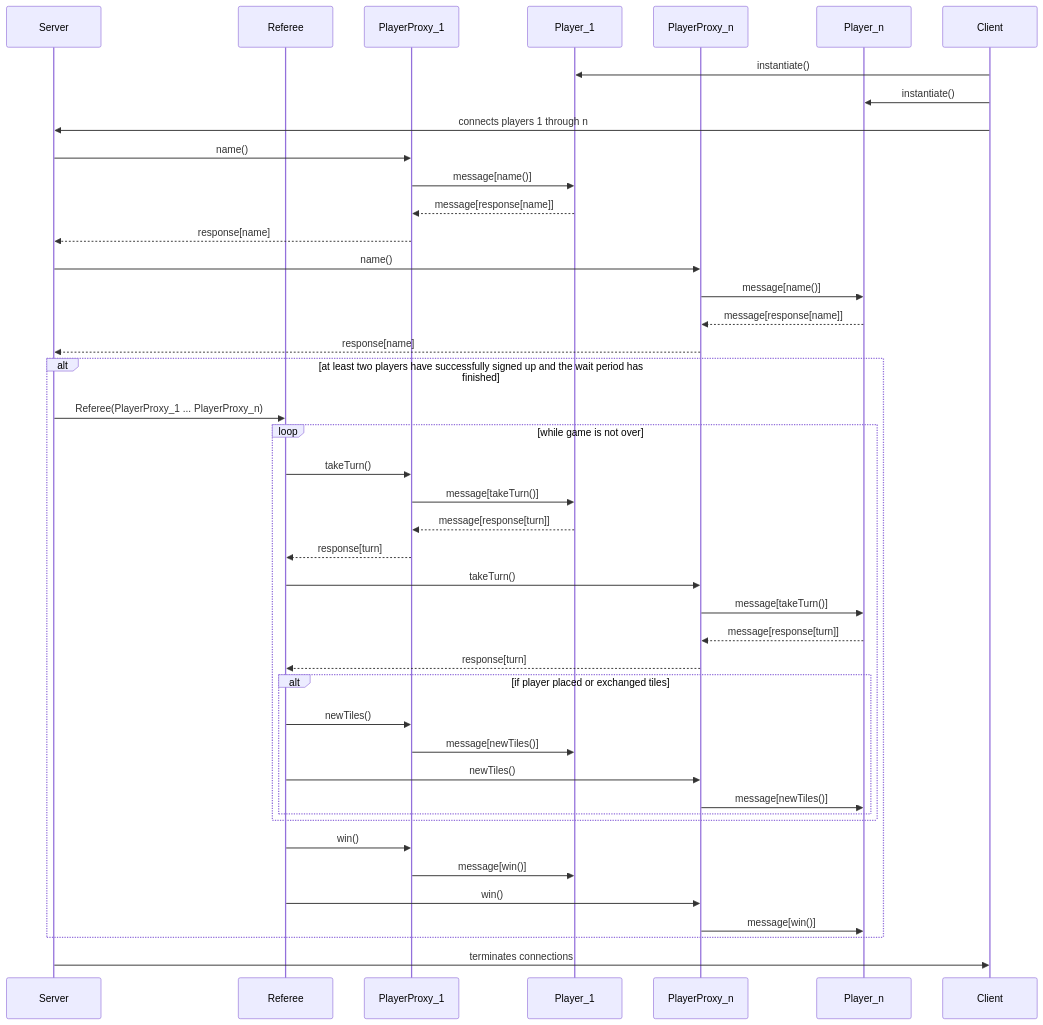
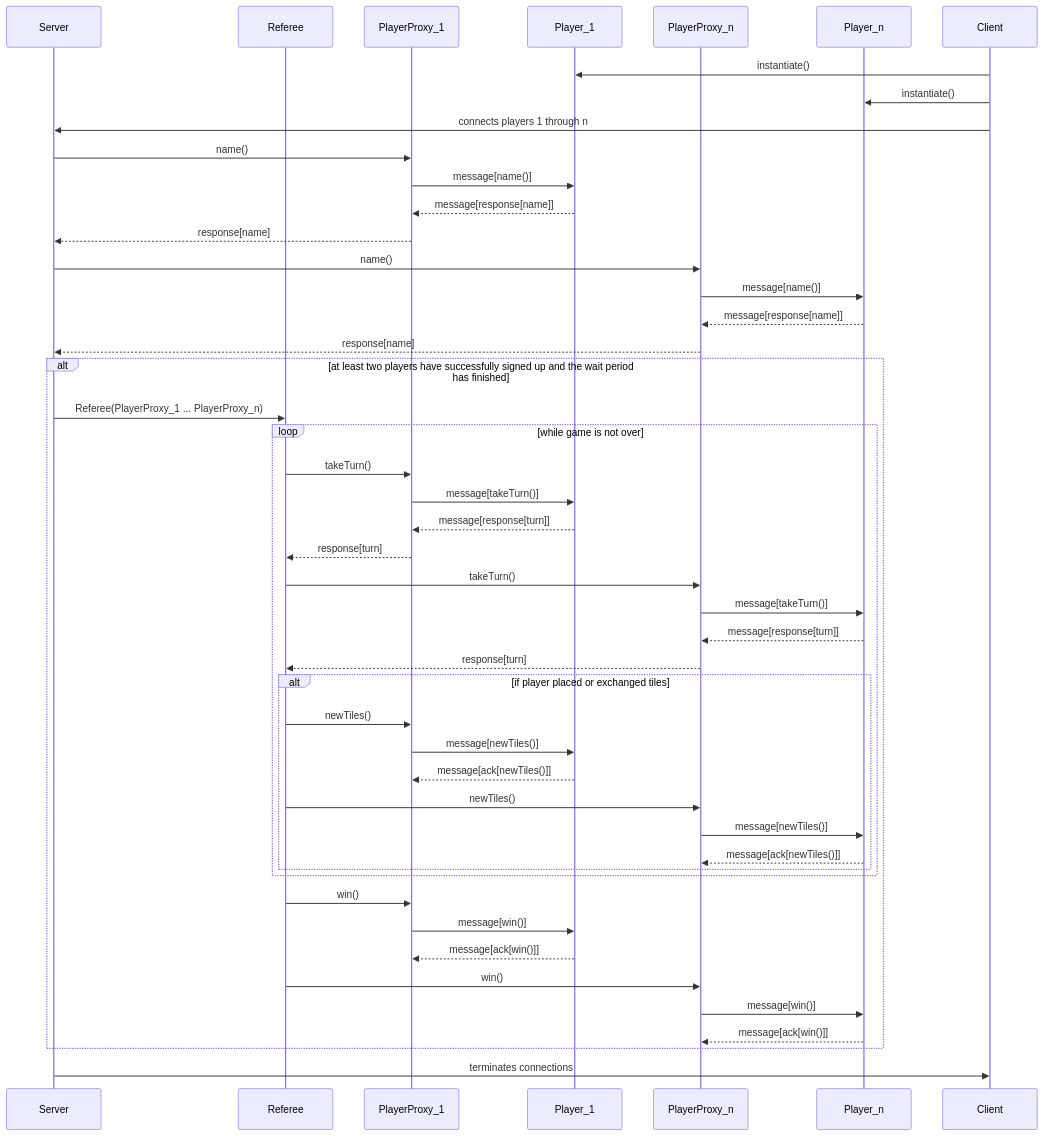
One commit to Tvcz/Qwirkle changed the second of 2 diagrams in Q/src/remote/README.md. Above: the diagram before and after it, drawn with Mermaid. The commit also changed other lines of this file, not shown here.

Commit message:
small sequence diagram changes

````diff
--- a/Q/src/remote/README.md
+++ b/Q/src/remote/README.md
@@ -56,60 +56,64 @@
 ```mermaid
 sequenceDiagram
     participant Server
     participant Referee
     participant PlayerProxy_1
     participant Player_1
     participant PlayerProxy_n
     participant Player_n
     participant Client
 
     Client->>Player_1: instantiate()
     Client->>Player_n: instantiate()
     Client->>Server: connects players 1 through n
     
     Server->>PlayerProxy_1: name()
     PlayerProxy_1->>Player_1: message[name()]
     Player_1-->>PlayerProxy_1: message[response[name]]
     PlayerProxy_1-->>Server: response[name]
 
     Server->>PlayerProxy_n: name()
     PlayerProxy_n->>Player_n: message[name()]
     Player_n-->>PlayerProxy_n: message[response[name]]
     PlayerProxy_n-->>Server: response[name]
 
     alt at least two players have successfully signed up and the wait period has finished
 
       Server->>Referee: Referee(PlayerProxy_1 ... PlayerProxy_n) 
 
         loop while game is not over
             Referee->>PlayerProxy_1: takeTurn()
             PlayerProxy_1->>Player_1: message[takeTurn()]
             Player_1-->>PlayerProxy_1: message[response[turn]]
             PlayerProxy_1-->>Referee: response[turn]
 
             Referee->>PlayerProxy_n: takeTurn()
             PlayerProxy_n->>Player_n: message[takeTurn()]
             Player_n-->>PlayerProxy_n: message[response[turn]]
             PlayerProxy_n-->>Referee: response[turn]
             
 
             alt if player placed or exchanged tiles
                 Referee->>PlayerProxy_1: newTiles()
                 PlayerProxy_1->>Player_1: message[newTiles()]
+                Player_1-->>PlayerProxy_1: message[ack[newTiles()]]
 
                 Referee->>PlayerProxy_n: newTiles()
                 PlayerProxy_n->>Player_n: message[newTiles()]
+                Player_n-->>PlayerProxy_n: message[ack[newTiles()]]
             end
 
         end 
 
         Referee->>PlayerProxy_1: win()
         PlayerProxy_1->>Player_1: message[win()]
+        Player_1-->>PlayerProxy_1: message[ack[win()]]
 
         Referee->>PlayerProxy_n: win()
         PlayerProxy_n->>Player_n: message[win()]
+        Player_n-->>PlayerProxy_n: message[ack[win()]]
         
     end
 
     Server->>Client: terminates connections
 ```
````
